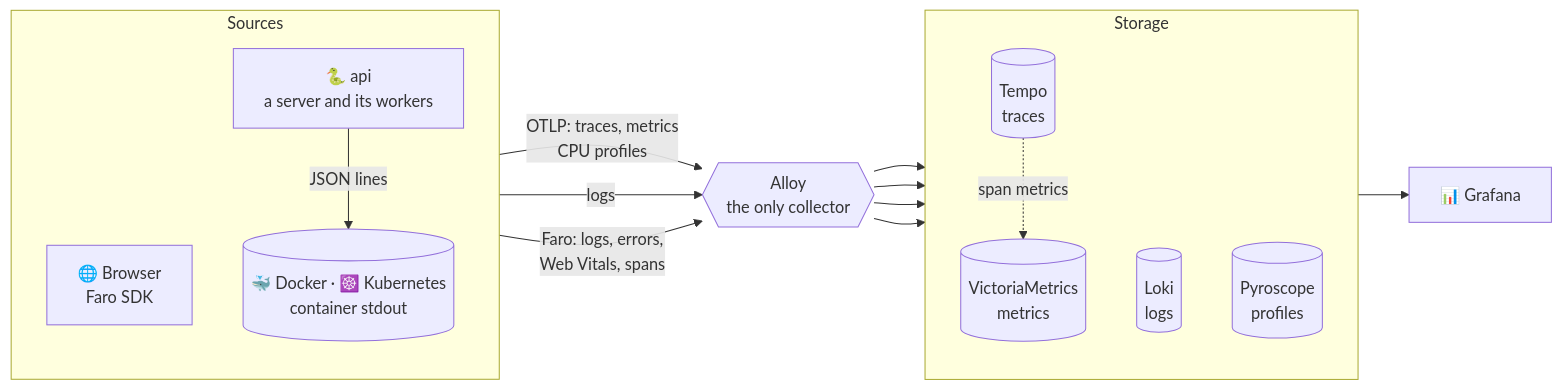
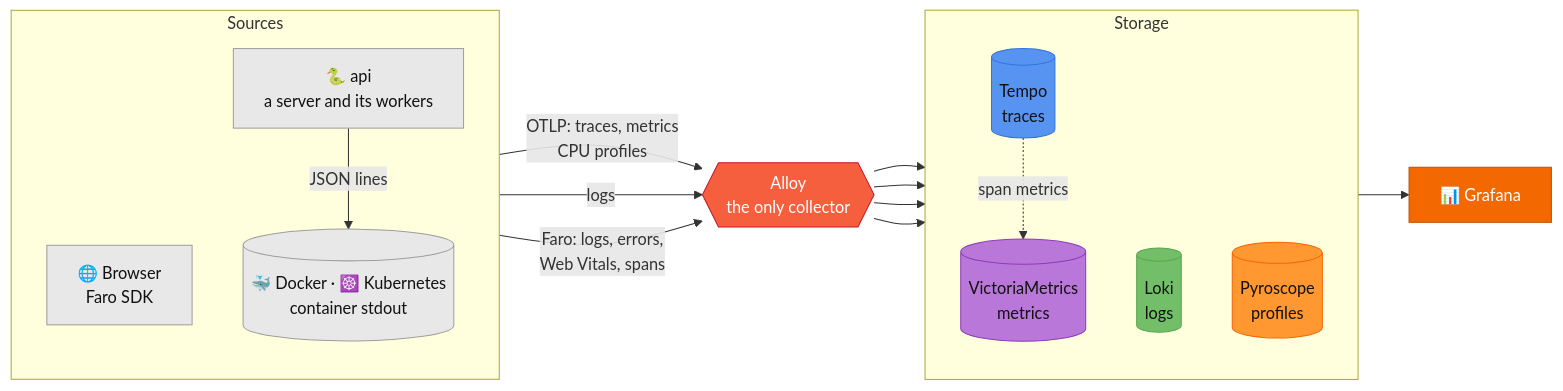
Before and after one commit to eugeneliukindev/fastapi-observatory: the first of 5 diagrams in README.md, drawn with Mermaid. The commit also changed other lines of this file and 13 other files, not shown here.

````diff
--- a/README.md
+++ b/README.md
@@ -54,29 +54,44 @@
 ```mermaid
 flowchart LR
     subgraph sources["Sources"]
         direction TB
         browser["🌐 Browser<br/>Faro SDK"]
         api["🐍 api<br/>a server and its workers"]
         docker[("🐳 Docker · ☸️ Kubernetes<br/>container stdout")]
     end
 
     alloy{{"Alloy<br/>the only collector"}}
 
     subgraph storage["Storage"]
         direction TB
         vm[("VictoriaMetrics<br/>metrics")]
         loki[("Loki<br/>logs")]
         tempo[("Tempo<br/>traces")]
         pyroscope[("Pyroscope<br/>profiles")]
     end
 
     grafana["📊 Grafana"]
 
     api -- "OTLP: traces, metrics<br/>CPU profiles" --> alloy
     api -- "JSON lines" --> docker
     docker -- "logs" --> alloy
     browser -- "Faro: logs, errors,<br/>Web Vitals, spans" --> alloy
     alloy --> vm & loki & tempo & pyroscope
     tempo -. "span metrics" .-> vm
     storage --> grafana
+
+    classDef metrics fill:#B877D9,stroke:#8F3BB8,color:#111
+    classDef logs fill:#73BF69,stroke:#56A64B,color:#111
+    classDef traces fill:#5794F2,stroke:#3274D9,color:#111
+    classDef profiles fill:#FF9830,stroke:#FA6400,color:#111
+    classDef collector fill:#F55F3E,stroke:#C4162A,color:#fff
+    classDef ui fill:#F46800,stroke:#C34F00,color:#fff
+    classDef source fill:#E8E8E8,stroke:#9E9E9E,color:#111
+    class vm metrics
+    class loki logs
+    class tempo traces
+    class pyroscope profiles
+    class alloy collector
+    class grafana ui
+    class browser,api,docker source
 ```
````
